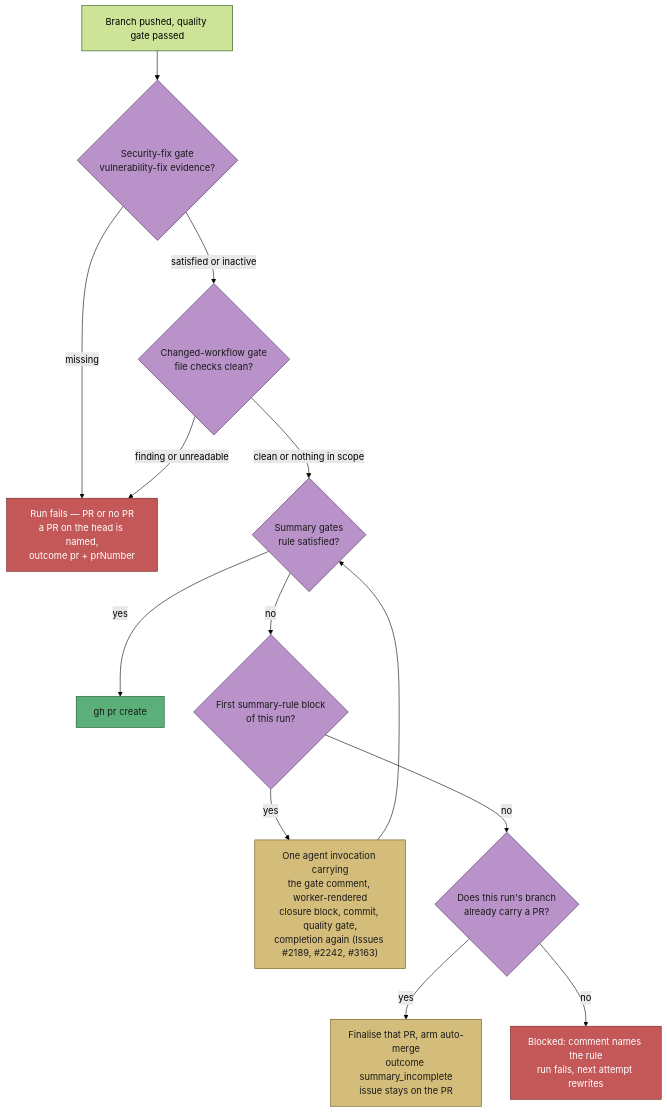
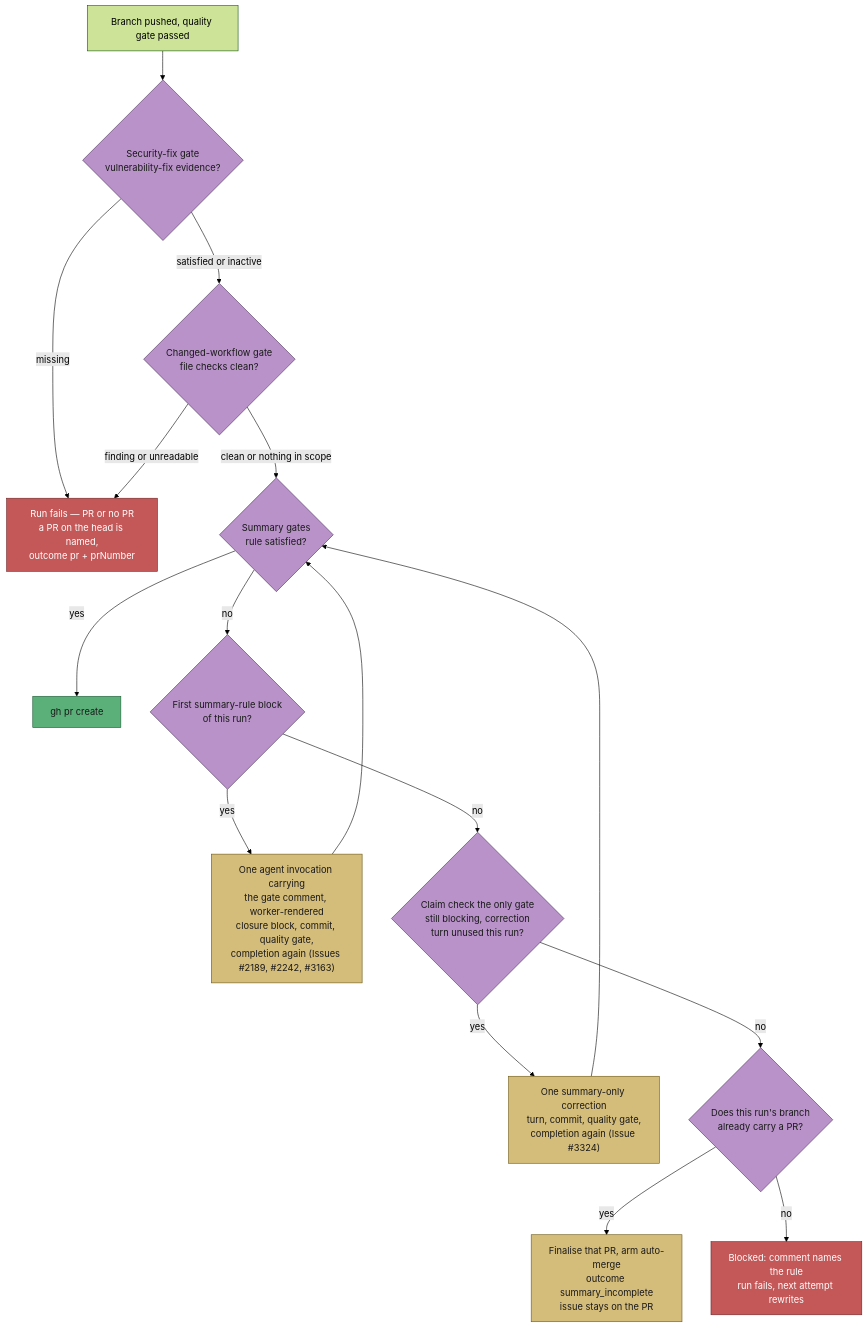
Before and after one commit to stSoftwareAU/VibeCoder: diagram 21 of 24 in docs/workflows/issue-processing.md, drawn with Mermaid (forest theme). The commit also changed 2 other files, not shown here.

Commit message:
Add PR summary for #3324 with docs sweep, Test Plan and branch outcomes
Records the Docs sweep, the removed claudeCalls assertion in the Test
Plan, and a Branch outcomes list (each branch flipped by hand; outcomes
no test reaches are named as such). The sweep also fixes two stale docs:
the summary-shortfall flowchart in docs/workflows/issue-processing.md and
the second-block sentence in DESIGN-PRINCIPLES.md now show the claim-only
correction turn.

Issue #3324

````diff
--- a/docs/workflows/issue-processing.md
+++ b/docs/workflows/issue-processing.md
@@ -2304,25 +2304,30 @@
 ```mermaid
 flowchart TD
     A["Branch pushed, quality gate passed"] --> SEC{"Security-fix gate<br/>vulnerability-fix evidence?"}
     SEC -->|"missing"| F2["Run fails — PR or no PR<br/>a PR on the head is named,<br/>outcome pr + prNumber"]
     SEC -->|"satisfied or inactive"| WF{"Changed-workflow gate<br/>file checks clean?"}
     WF -->|"finding or unreadable"| F2
     WF -->|"clean or nothing in scope"| G{"Summary gates<br/>rule satisfied?"}
     G -->|yes| PR["gh pr create"]
     G -->|no| R{"First summary-rule block<br/>of this run?"}
     R -->|yes| RT["One agent invocation carrying<br/>the gate comment, worker-rendered<br/>closure block, commit, quality gate,<br/>completion again (Issues #2189, #2242, #3163)"]
     RT --> G
-    R -->|no| Q{"Does this run's branch<br/>already carry a PR?"}
+    R -->|no| CC{"Claim check the only gate<br/>still blocking, correction<br/>turn unused this run?"}
+    CC -->|yes| CT["One summary-only correction<br/>turn, commit, quality gate,<br/>completion again (Issue #3324)"]
+    CT --> G
+    CC -->|no| Q{"Does this run's branch<br/>already carry a PR?"}
     Q -->|yes| S["Finalise that PR, arm auto-merge<br/>outcome summary_incomplete<br/>issue stays on the PR"]
     Q -->|no| F["Blocked: comment names the rule<br/>run fails, next attempt rewrites"]
     style SEC fill:#b892c8,stroke:#4a2d5a,color:#1a1a1a
     style WF fill:#b892c8,stroke:#4a2d5a,color:#1a1a1a
     style G fill:#b892c8,stroke:#4a2d5a,color:#1a1a1a
     style Q fill:#b892c8,stroke:#4a2d5a,color:#1a1a1a
     style R fill:#b892c8,stroke:#4a2d5a,color:#1a1a1a
     style RT fill:#d4bc7a,stroke:#6b5510,color:#1a1a1a
+    style CC fill:#b892c8,stroke:#4a2d5a,color:#1a1a1a
+    style CT fill:#d4bc7a,stroke:#6b5510,color:#1a1a1a
     style PR fill:#5ab078,stroke:#1d5a35,color:#1a1a1a
     style S fill:#d4bc7a,stroke:#6b5510,color:#1a1a1a
     style F fill:#c45858,stroke:#6b2020,color:#fff
     style F2 fill:#c45858,stroke:#6b2020,color:#fff
 ```
````
